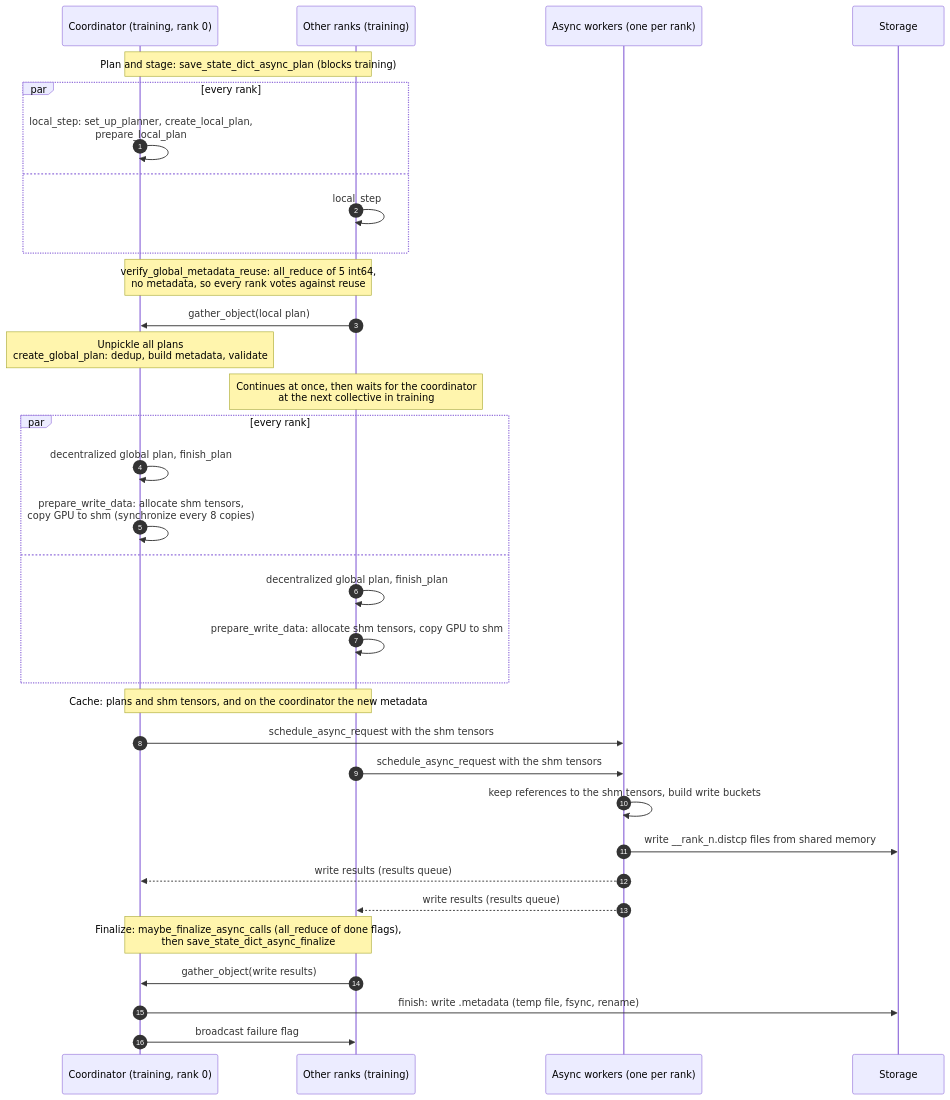
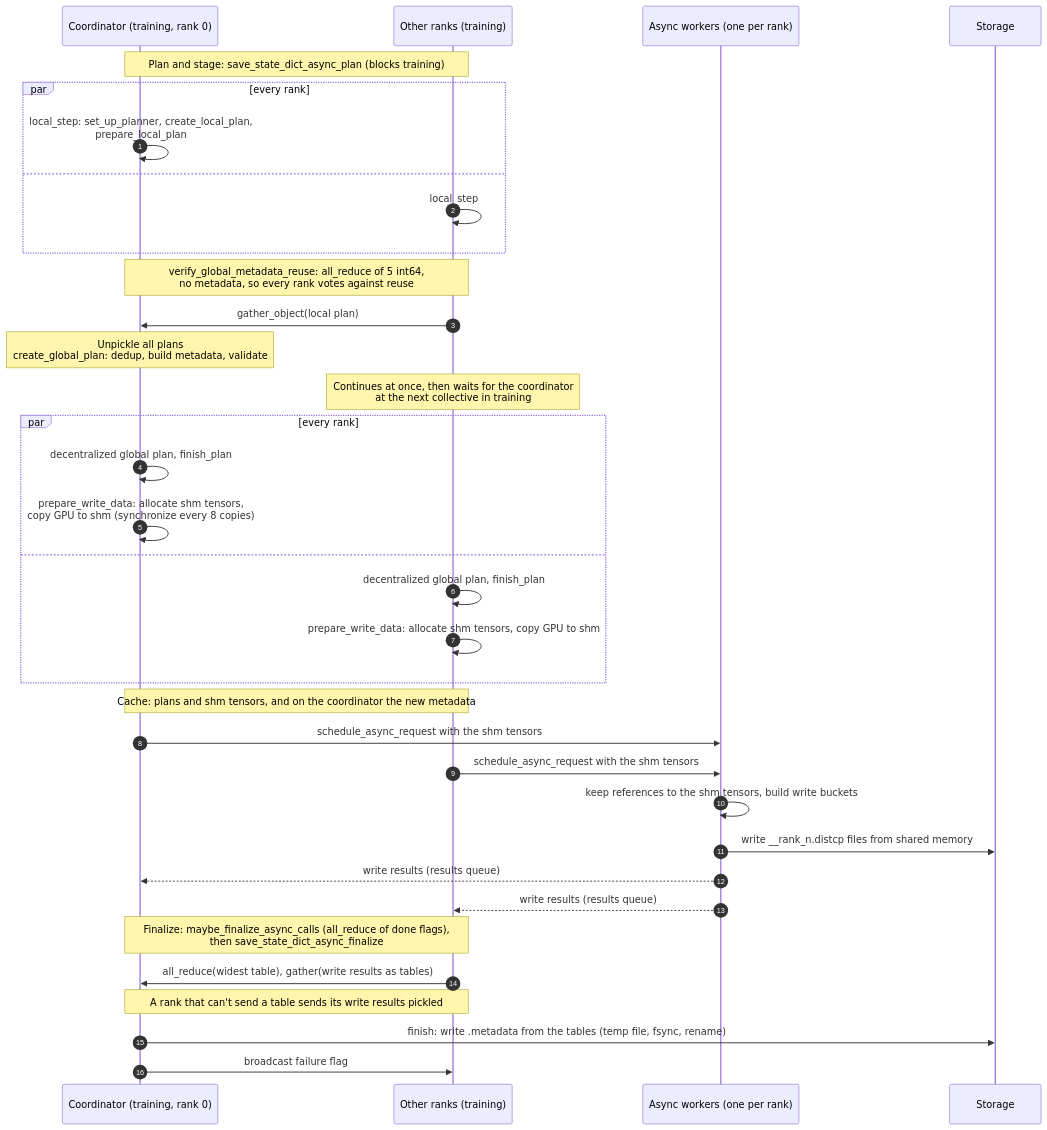
One commit to NVIDIA/nvidia-resiliency-ext changed the first of 3 diagrams in docs/design/checkpoint/ASYNC_SAVE.md. Above: the diagram before and after it, drawn with Mermaid. The commit also changed other lines of this file and 16 other files, not shown here.

First line of the commit message:
Merge pull request #446 from NVIDIA/metadata-table-gather

````diff
--- a/docs/design/checkpoint/ASYNC_SAVE.md
+++ b/docs/design/checkpoint/ASYNC_SAVE.md
@@ -55,39 +55,40 @@
 ```mermaid
 sequenceDiagram
     autonumber
     participant C as Coordinator (training, rank 0)
     participant R as Other ranks (training)
     participant W as Async workers (one per rank)
     participant S as Storage
 
     Note over C,R: Plan and stage: save_state_dict_async_plan (blocks training)
     par every rank
         C->>C: local_step: set_up_planner, create_local_plan,<br/>prepare_local_plan
     and
         R->>R: local_step
     end
     Note over C,R: verify_global_metadata_reuse: all_reduce of 5 int64,<br/>no metadata, so every rank votes against reuse
     R->>C: gather_object(local plan)
     Note over C: Unpickle all plans<br/>create_global_plan: dedup, build metadata, validate
     Note over R: Continues at once, then waits for the coordinator<br/>at the next collective in training
     par every rank
         C->>C: decentralized global plan, finish_plan
         C->>C: prepare_write_data: allocate shm tensors,<br/>copy GPU to shm (synchronize every 8 copies)
     and
         R->>R: decentralized global plan, finish_plan
         R->>R: prepare_write_data: allocate shm tensors, copy GPU to shm
     end
     Note over C,R: Cache: plans and shm tensors, and on the coordinator the new metadata
 
     C->>W: schedule_async_request with the shm tensors
     R->>W: schedule_async_request with the shm tensors
     W->>W: keep references to the shm tensors, build write buckets
     W->>S: write __rank_n.distcp files from shared memory
     W-->>C: write results (results queue)
     W-->>R: write results (results queue)
 
     Note over C,R: Finalize: maybe_finalize_async_calls (all_reduce of done flags),<br/>then save_state_dict_async_finalize
-    R->>C: gather_object(write results)
-    C->>S: finish: write .metadata (temp file, fsync, rename)
+    R->>C: all_reduce(widest table), gather(write results as tables)
+    Note over C,R: A rank that can't send a table sends its write results pickled
+    C->>S: finish: write .metadata from the tables (temp file, fsync, rename)
     C->>R: broadcast failure flag
 ```
````
